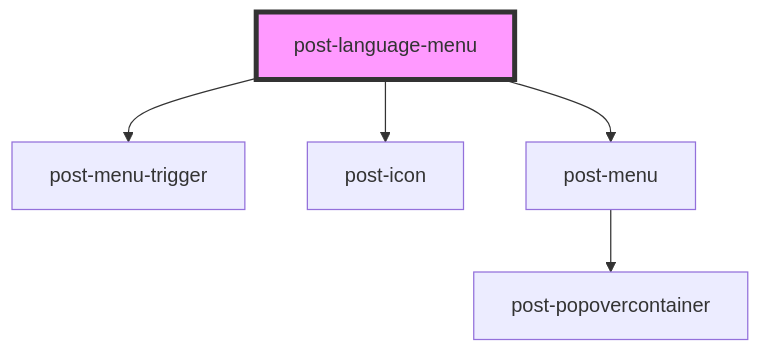
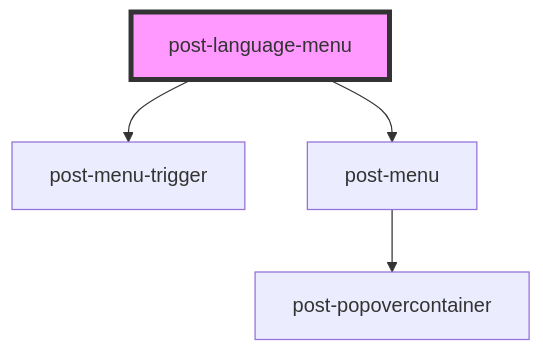
Before and after one commit to swisspost/design-system: the diagram in packages/components/src/components/post-language-menu/readme.md, drawn with Mermaid. The commit also changed other lines of this file and 17 other files, not shown here.

````diff
--- a/packages/components/src/components/post-language-menu/readme.md
+++ b/packages/components/src/components/post-language-menu/readme.md
@@ -24,8 +23,7 @@
 ```mermaid
 graph TD;
   post-language-menu --> post-menu-trigger
-  post-language-menu --> post-icon
   post-language-menu --> post-menu
   post-menu --> post-popovercontainer
   style post-language-menu fill:#f9f,stroke:#333,stroke-width:4px
 ```
````
